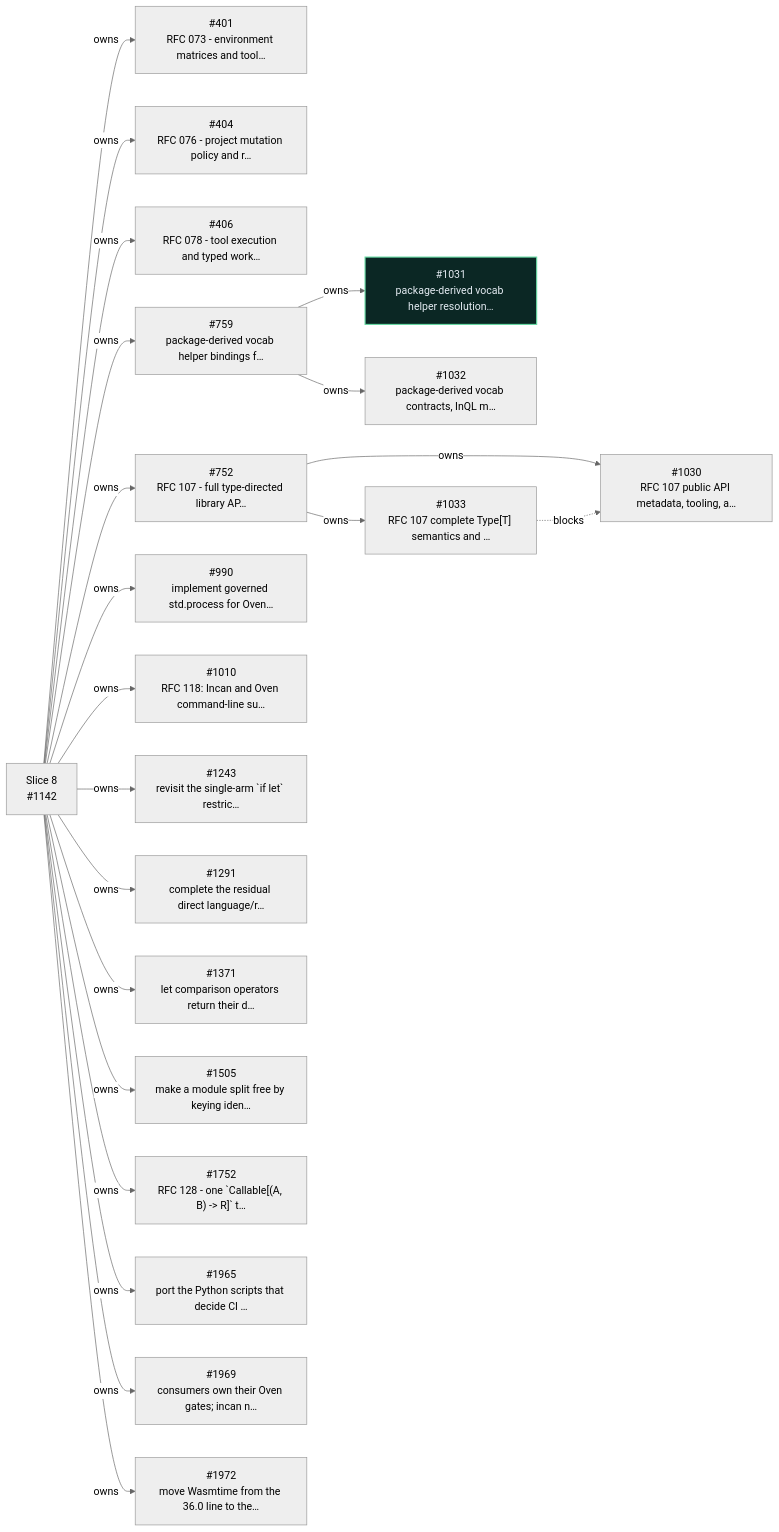
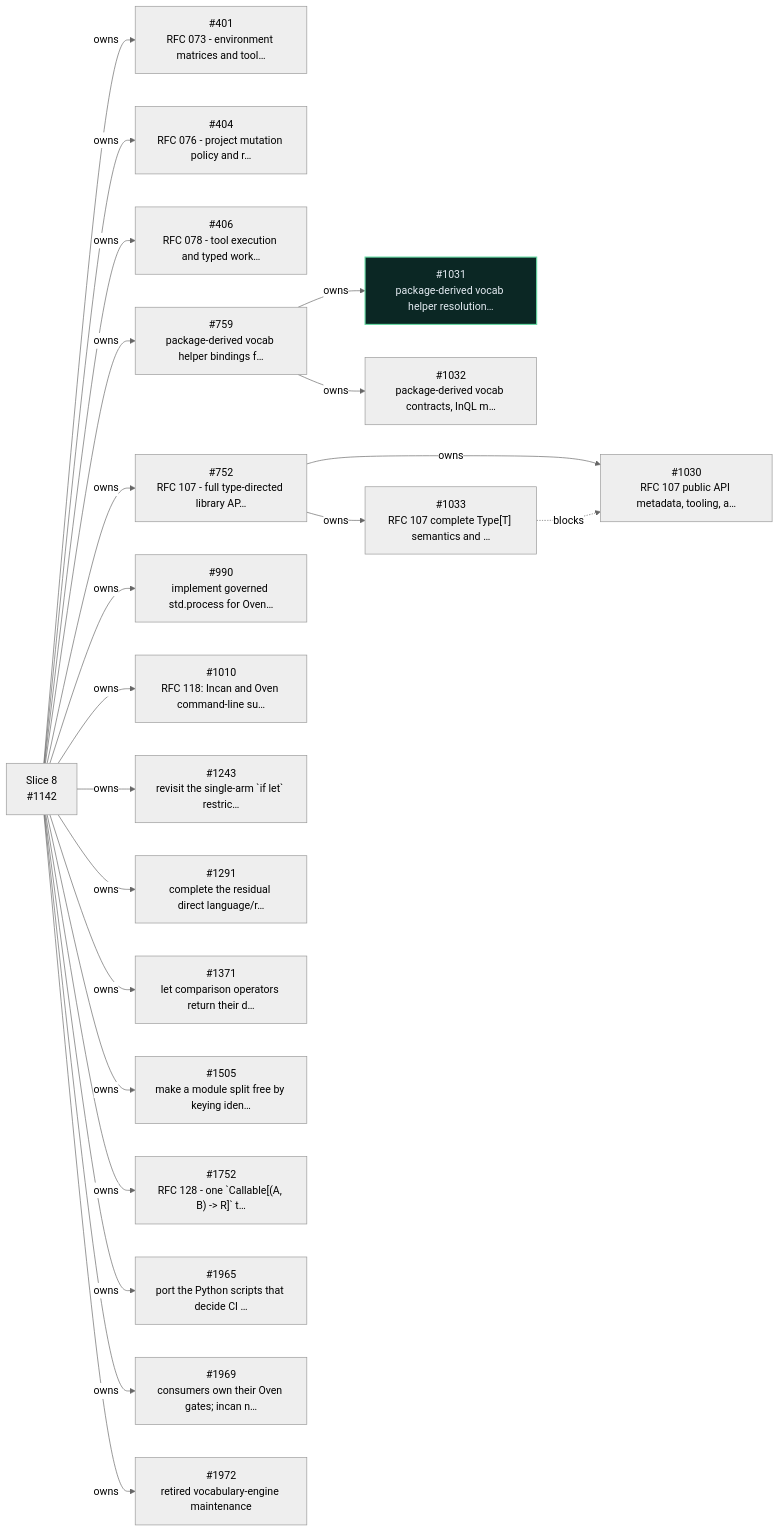
The eighth of 12 diagrams in workspaces/docs-site/docs/_snippets/project/v0_6_roadmap.md (encero-systems/incan), drawn with Mermaid (neutral theme) before and after one commit. The commit also changed other lines of this file and 268 other files, not shown here.

````diff
--- a/workspaces/docs-site/docs/_snippets/project/v0_6_roadmap.md
+++ b/workspaces/docs-site/docs/_snippets/project/v0_6_roadmap.md
@@ -829,65 +829,65 @@
 ```mermaid
 flowchart LR
   i401["#401<br/>RFC 073 - environment matrices and tool…"]
   i404["#404<br/>RFC 076 - project mutation policy and r…"]
   i406["#406<br/>RFC 078 - tool execution and typed work…"]
   i752["#752<br/>RFC 107 - full type-directed library AP…"]
   i759["#759<br/>package-derived vocab helper bindings f…"]
   i990["#990<br/>implement governed std.process for Oven…"]
   i1010["#1010<br/>RFC 118: Incan and Oven command-line su…"]
   i1030["#1030<br/>RFC 107 public API metadata, tooling, a…"]
   i1031["#1031<br/>package-derived vocab helper resolution…"]
   i1032["#1032<br/>package-derived vocab contracts, InQL m…"]
   i1033["#1033<br/>RFC 107 complete Type[T] semantics and …"]
   s1142["Slice 8<br/>#1142"]
   i1243["#1243<br/>revisit the single-arm `if let` restric…"]
   i1291["#1291<br/>complete the residual direct language/r…"]
   i1371["#1371<br/>let comparison operators return their d…"]
   i1505["#1505<br/>make a module split free by keying iden…"]
   i1752["#1752<br/>RFC 128 - one `Callable[(A, B) -> R]` t…"]
   i1965["#1965<br/>port the Python scripts that decide CI …"]
   i1969["#1969<br/>consumers own their Oven gates; incan n…"]
-  i1972["#1972<br/>move Wasmtime from the 36.0 line to the…"]
+  i1972["#1972<br/>retired vocabulary-engine maintenance"]
   s1142 -- owns --> i401
   s1142 -- owns --> i404
   s1142 -- owns --> i406
   s1142 -- owns --> i752
   s1142 -- owns --> i759
   s1142 -- owns --> i990
   s1142 -- owns --> i1010
   i752 -- owns --> i1030
   i759 -- owns --> i1031
   i759 -- owns --> i1032
   i752 -- owns --> i1033
   s1142 -- owns --> i1243
   s1142 -- owns --> i1291
   s1142 -- owns --> i1371
   s1142 -- owns --> i1505
   s1142 -- owns --> i1752
   s1142 -- owns --> i1965
   s1142 -- owns --> i1969
   s1142 -- owns --> i1972
   i1033 -. blocks .-> i1030
   classDef incv06complete fill:#0b2724,stroke:#66d9a3,color:#e4ebf2,stroke-width:1.7px
   class i1031 incv06complete
   click i401 href "https://github.com/encero-systems/incan/issues/401" "Open #401 on GitHub"
   click i404 href "https://github.com/encero-systems/incan/issues/404" "Open #404 on GitHub"
   click i406 href "https://github.com/encero-systems/incan/issues/406" "Open #406 on GitHub"
   click i752 href "https://github.com/encero-systems/incan/issues/752" "Open #752 on GitHub"
   click i759 href "https://github.com/encero-systems/incan/issues/759" "Open #759 on GitHub"
   click i990 href "https://github.com/encero-systems/incan/issues/990" "Open #990 on GitHub"
   click i1010 href "https://github.com/encero-systems/incan/issues/1010" "Open #1010 on GitHub"
   click i1030 href "https://github.com/encero-systems/incan/issues/1030" "Open #1030 on GitHub"
   click i1031 href "https://github.com/encero-systems/incan/issues/1031" "Open #1031 on GitHub"
   click i1032 href "https://github.com/encero-systems/incan/issues/1032" "Open #1032 on GitHub"
   click i1033 href "https://github.com/encero-systems/incan/issues/1033" "Open #1033 on GitHub"
   click s1142 href "https://github.com/encero-systems/incan/issues/1142" "Open #1142 on GitHub"
   click i1243 href "https://github.com/encero-systems/incan/issues/1243" "Open #1243 on GitHub"
   click i1291 href "https://github.com/encero-systems/incan/issues/1291" "Open #1291 on GitHub"
   click i1371 href "https://github.com/encero-systems/incan/issues/1371" "Open #1371 on GitHub"
   click i1505 href "https://github.com/encero-systems/incan/issues/1505" "Open #1505 on GitHub"
   click i1752 href "https://github.com/encero-systems/incan/issues/1752" "Open #1752 on GitHub"
   click i1965 href "https://github.com/encero-systems/incan/issues/1965" "Open #1965 on GitHub"
   click i1969 href "https://github.com/encero-systems/incan/issues/1969" "Open #1969 on GitHub"
   click i1972 href "https://github.com/encero-systems/incan/issues/1972" "Open #1972 on GitHub"
 ```
````
